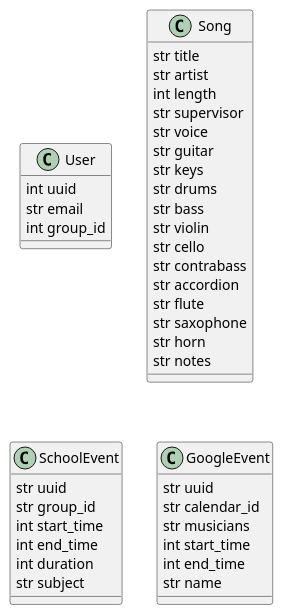
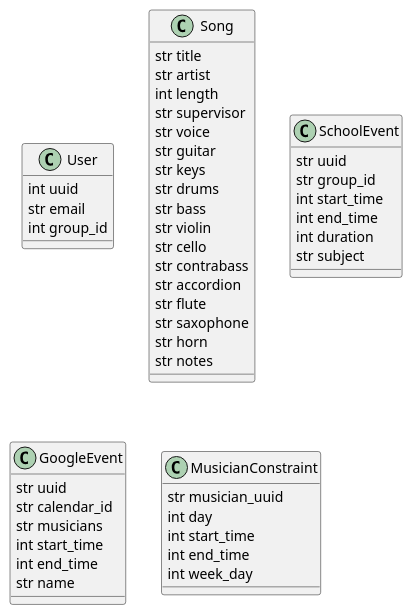
Before and after one commit to Tired-Biscuit/artebot: the diagram in diagram.wsd, drawn with PlantUML. The commit also changed 5 other files, not shown here.

```diff
--- a/diagram.wsd
+++ b/diagram.wsd
@@ -1,45 +1,52 @@
 @startuml Diagram
 
 'Needs the PlantUML extension to be seen
 
 class User
 User : int uuid
 User : str email
 User : int group_id
 
 class Song
 Song : str title
 Song : str artist
 Song : int length
 Song : str supervisor
 Song : str voice
 Song : str guitar
 Song : str keys
 Song : str drums
 Song : str bass
 Song : str violin
 Song : str cello
 Song : str contrabass
 Song : str accordion
 Song : str flute
 Song : str saxophone
 Song : str horn
 Song : str notes
 
 class SchoolEvent
 SchoolEvent : str uuid
 SchoolEvent : str group_id
 SchoolEvent : int start_time
 SchoolEvent : int end_time
 SchoolEvent : int duration
 SchoolEvent : str subject
 
 class GoogleEvent
 GoogleEvent : str uuid
 GoogleEvent : str calendar_id
 GoogleEvent : str musicians
 GoogleEvent : int start_time
 GoogleEvent : int end_time
 GoogleEvent : str name
 
+class MusicianConstraint
+MusicianConstraint : str musician_uuid
+MusicianConstraint : int day
+MusicianConstraint : int start_time
+MusicianConstraint : int end_time
+MusicianConstraint : int week_day
+
 @enduml
```
